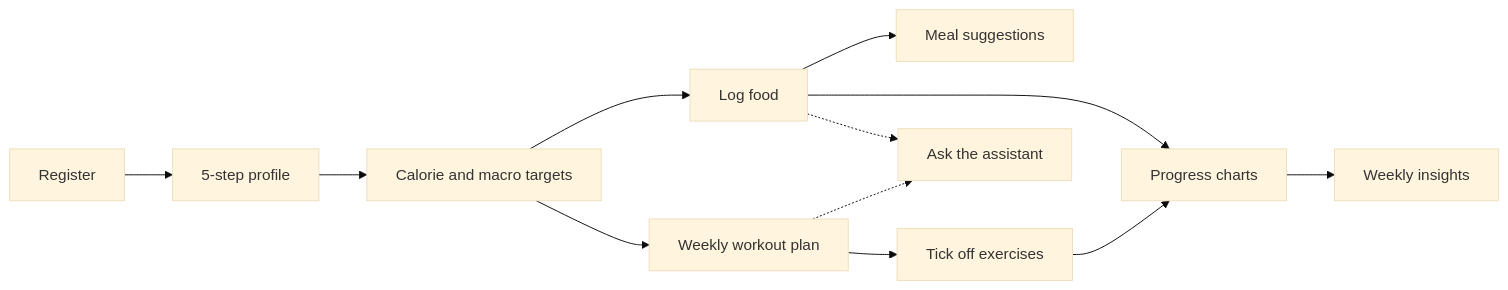
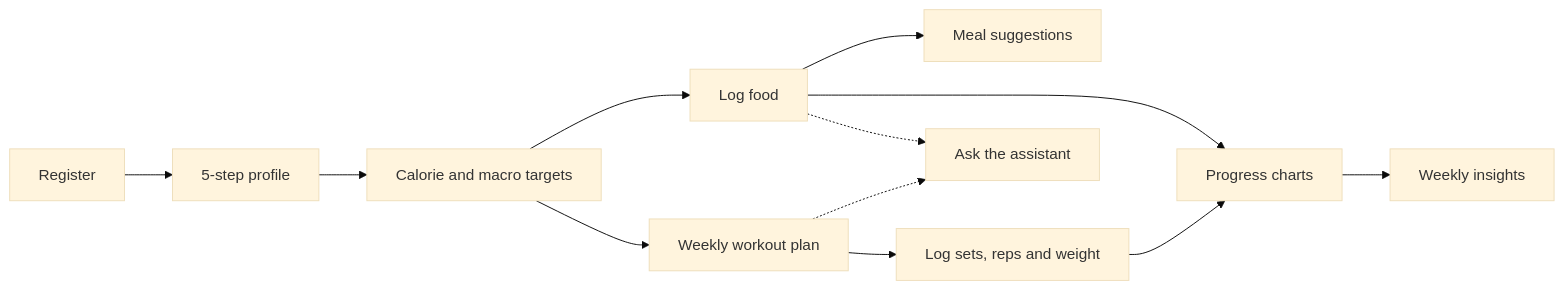
Before and after one commit to Maheshdasi/FitPlate: the third of 4 diagrams in docs/ARCHITECTURE.md, drawn with Mermaid (base theme). The commit also changed other lines of this file and 16 other files, not shown here.

````diff
--- a/docs/ARCHITECTURE.md
+++ b/docs/ARCHITECTURE.md
@@ -47,11 +47,11 @@
 ```mermaid
 flowchart LR
     A[Register] --> B[5-step profile] --> C[Calorie and macro targets]
     C --> D[Log food] --> E[Meal suggestions]
-    C --> F[Weekly workout plan] --> G[Tick off exercises]
+    C --> F[Weekly workout plan] --> G[Log sets, reps and weight]
     D --> H[Progress charts]
     G --> H
     H --> I[Weekly insights]
     D -.-> J[Ask the assistant]
     F -.-> J
 ```
````
